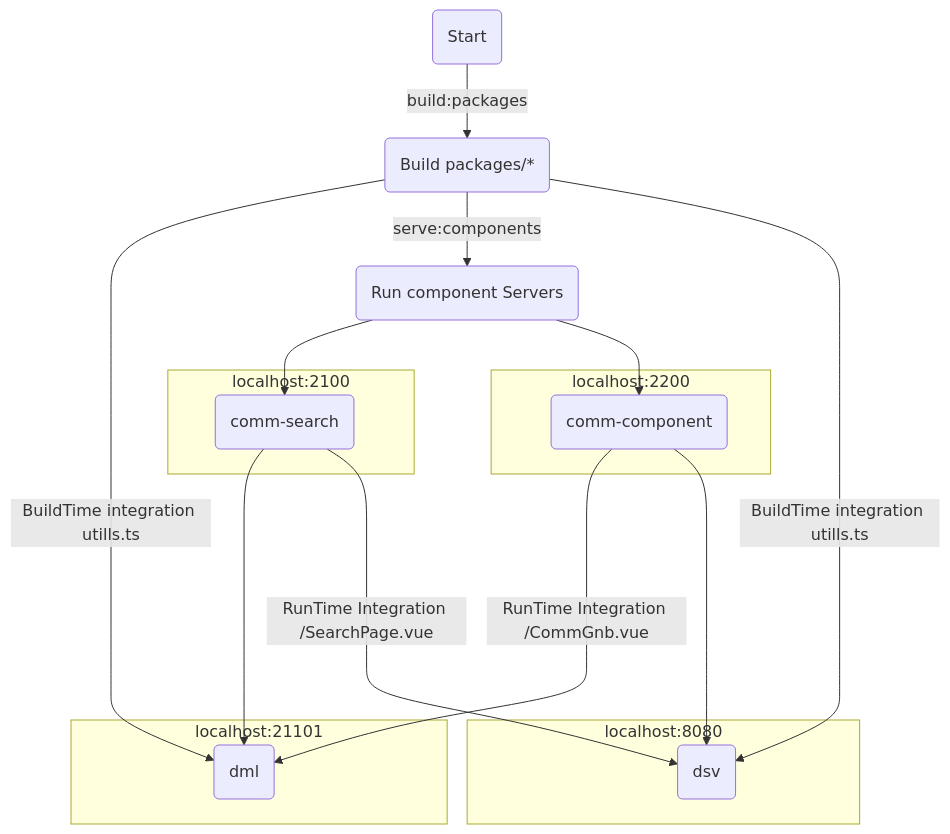
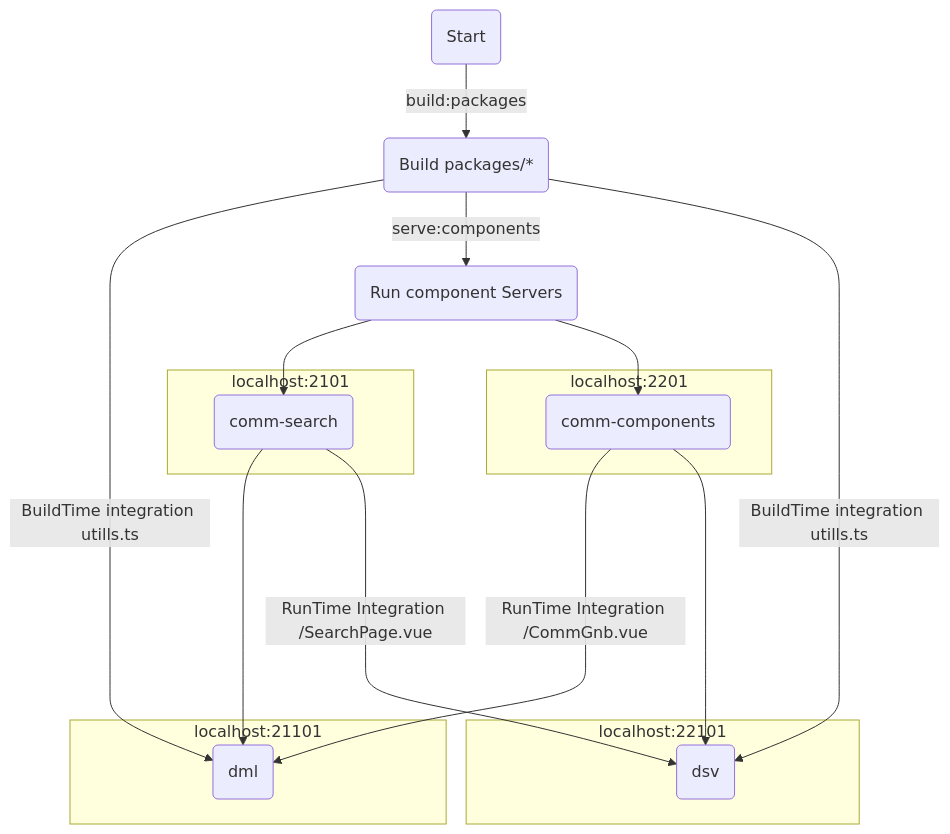
The diagram in README.md (Shin-Beomchul/mono-vue3-module-federatio), drawn with Mermaid before and after one commit. The commit also changed other lines of this file and 22 other files, not shown here.

````diff
--- a/README.md
+++ b/README.md
@@ -57,26 +5,26 @@
 ```mermaid
 graph TB
 A(Start) --build:packages --> B(Build packages/*)
 B--BuildTime integration utills.ts--> E(dml)
 B --serve:components--> PB(Run component Servers)
 B--BuildTime integration utills.ts--> F(dsv)
 PB --> C(comm-search)
-PB --> D(comm-component)
+PB --> D(comm-components)
 C ----> E(dml:21101)
 D --RunTime Integration /CommGnb.vue--> E(dml)
 C --RunTime Integration /SearchPage.vue--> F(dsv)
 D ----> F(dsv)
 
-subgraph localhost:2100
+subgraph localhost:2101
   C
   end
- subgraph localhost:2200
+ subgraph localhost:2201
   D
   end
  subgraph localhost:21101
   E
   end
- subgraph localhost:8080
+ subgraph localhost:22101
   F
   end
 ```
````
